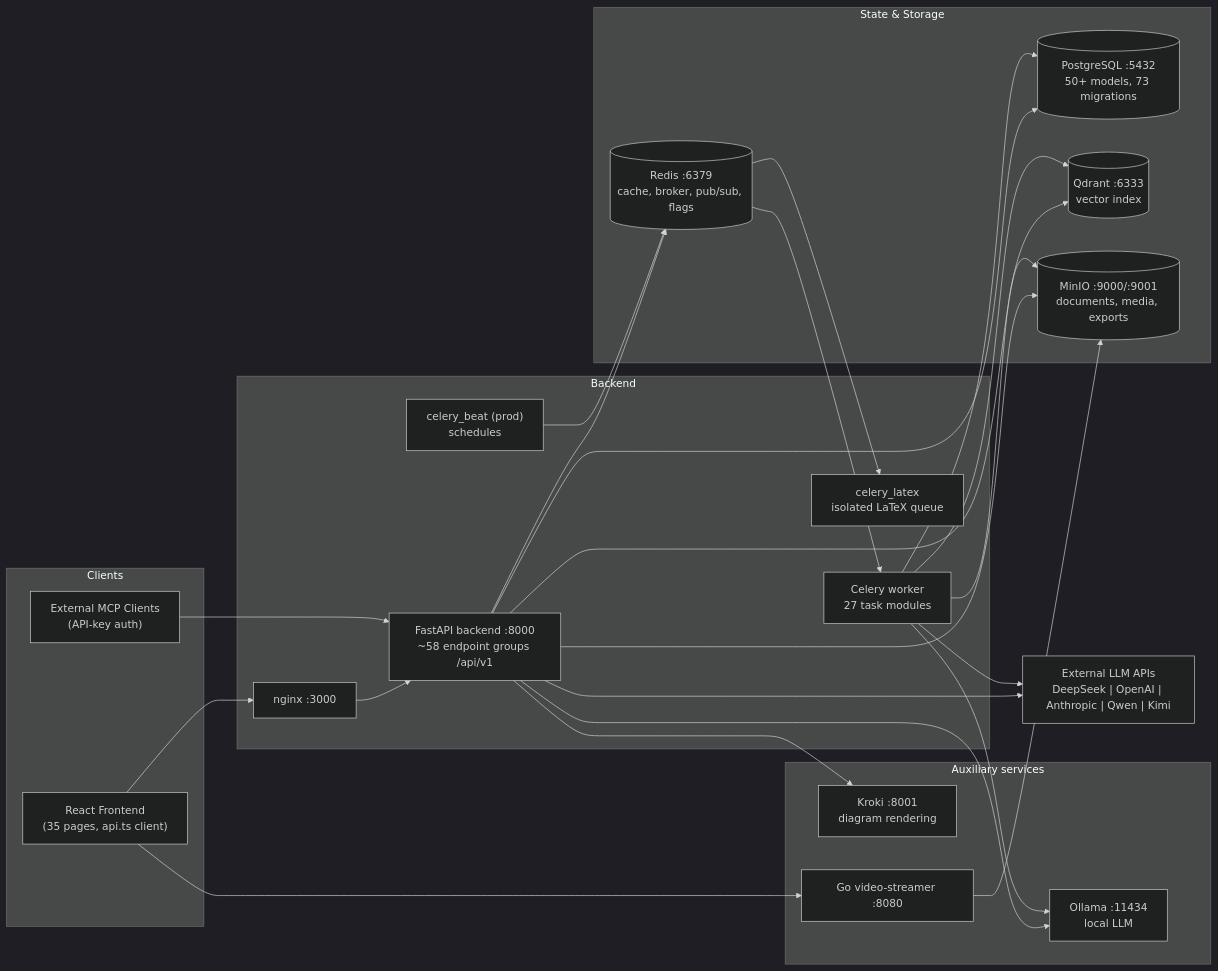
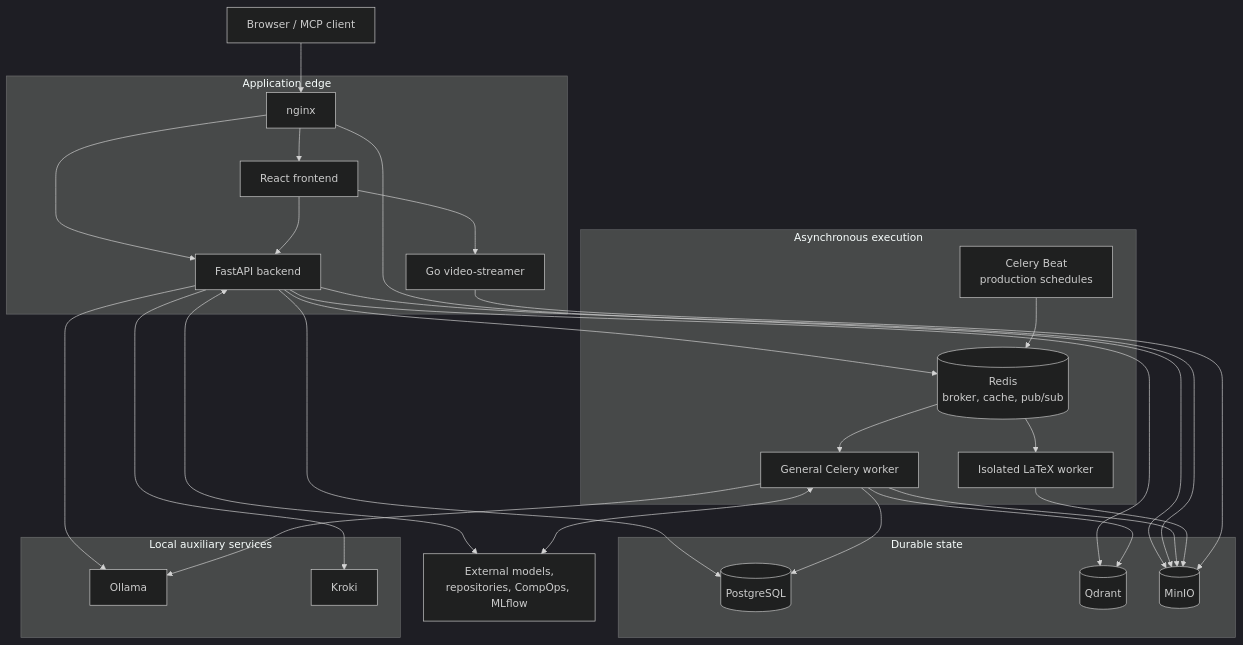
Before and after one commit to al3x3n0/KnowledgeDBChat: the second of 9 diagrams in docs/ARCHITECTURE_DIAGRAMS.md, drawn with Mermaid (dark theme). The commit also changed other lines of this file and 11 other files, not shown here.

First line of the commit message:
chore(docs,ops): document external-agent gateway and MLflow, tune dev stack

````diff
--- a/docs/ARCHITECTURE_DIAGRAMS.md
+++ b/docs/ARCHITECTURE_DIAGRAMS.md
@@ -14,49 +49,55 @@
 ```mermaid
-flowchart LR
-    subgraph Clients
-        UI["React Frontend<br/>(35 pages, api.ts client)"]
-        MCPC["External MCP Clients<br/>(API-key auth)"]
+flowchart TB
+    CLIENT["Browser / MCP client"]
+
+    subgraph EDGE["Application edge"]
+        NGINX["nginx"]
+        FRONT["React frontend"]
+        API["FastAPI backend"]
+        VIDEO["Go video-streamer"]
     end
 
-    subgraph Core["Backend"]
-        NGINX["nginx :3000"]
-        API["FastAPI backend :8000<br/>~58 endpoint groups /api/v1"]
-        CEL["Celery worker<br/>27 task modules"]
-        CELTEX["celery_latex<br/>isolated LaTeX queue"]
-        BEAT["celery_beat (prod)<br/>schedules"]
+    subgraph WORKERS["Asynchronous execution"]
+        REDIS[("Redis<br/>broker, cache, pub/sub")]
+        CELERY["General Celery worker"]
+        LATEX["Isolated LaTeX worker"]
+        BEAT["Celery Beat<br/>production schedules"]
     end
 
-    subgraph Data["State & Storage"]
-        PG[("PostgreSQL :5432<br/>50+ models, 73 migrations")]
-        REDIS[("Redis :6379<br/>cache, broker, pub/sub, flags")]
-        QDR[("Qdrant :6333<br/>vector index")]
-        MINIO[("MinIO :9000/:9001<br/>documents, media, exports")]
+    subgraph STATE["Durable state"]
+        PG[("PostgreSQL")]
+        QDRANT[("Qdrant")]
+        MINIO[("MinIO")]
     end
 
-    subgraph Aux["Auxiliary services"]
-        OLL["Ollama :11434<br/>local LLM"]
-        KROKI["Kroki :8001<br/>diagram rendering"]
-        VID["Go video-streamer :8080"]
+    subgraph LOCAL["Local auxiliary services"]
+        OLLAMA["Ollama"]
+        KROKI["Kroki"]
     end
 
-    EXT["External LLM APIs<br/>DeepSeek | OpenAI | Anthropic | Qwen | Kimi"]
+    PROVIDERS["External models,<br/>repositories, CompOps, MLflow"]
 
-    UI --> NGINX --> API
-    MCPC --> API
+    CLIENT --> NGINX
+    NGINX --> FRONT
+    NGINX --> API
+    NGINX --> MINIO
+    FRONT --> API
+    FRONT --> VIDEO
     API --> PG
+    API --> QDRANT
+    API --> MINIO
     API --> REDIS
-    API --> QDR
-    API --> MINIO
-    API --> OLL
-    API --> EXT
+    API --> OLLAMA
     API --> KROKI
-    REDIS --> CEL
-    CEL --> PG
-    CEL --> QDR
-    CEL --> MINIO
-    CEL --> OLL
-    CEL --> EXT
-    REDIS --> CELTEX
+    API <--> PROVIDERS
     BEAT --> REDIS
-    UI --> VID --> MINIO
+    REDIS --> CELERY
+    REDIS --> LATEX
+    CELERY --> PG
+    CELERY --> QDRANT
+    CELERY --> MINIO
+    CELERY --> OLLAMA
+    CELERY <--> PROVIDERS
+    LATEX --> MINIO
+    VIDEO --> MINIO
 ```
````
